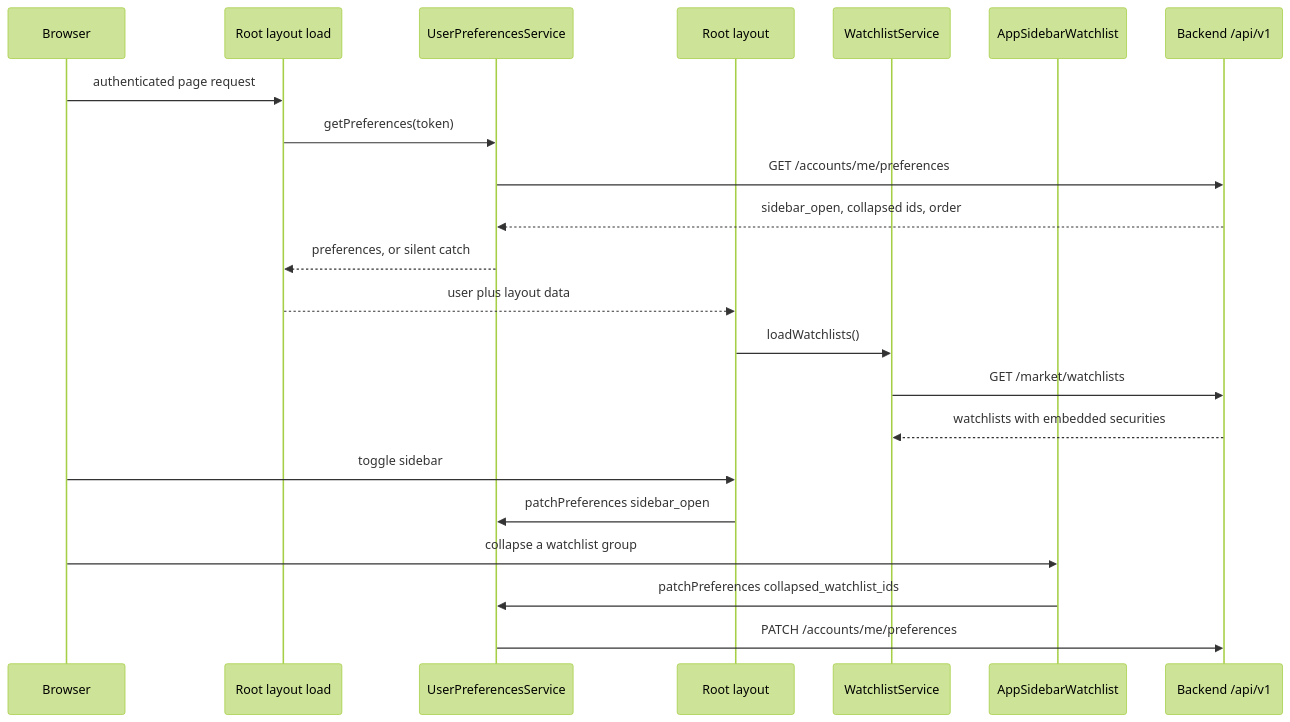
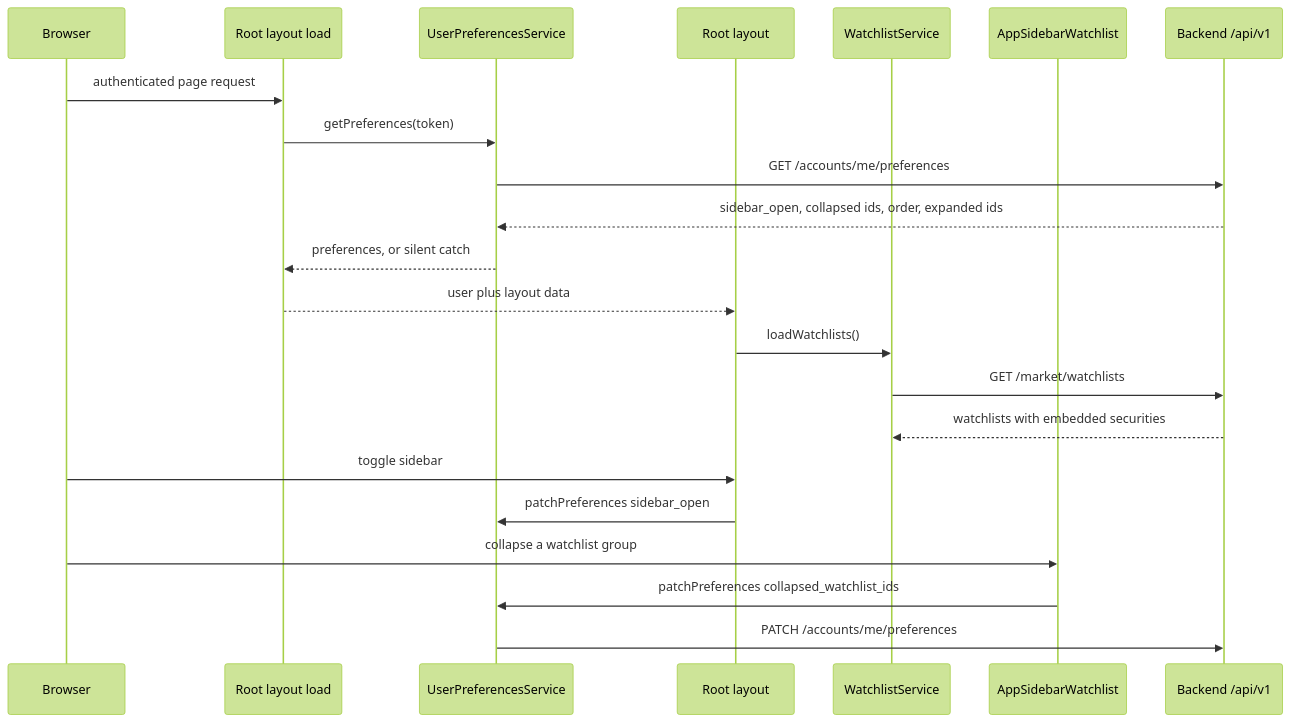
Before and after one commit to havekes/retail-portfolio: the second of 3 diagrams in openwiki/architecture/frontend.md, drawn with Mermaid (forest theme). The commit also changed other lines of this file and 48 other files, not shown here.

````diff
--- a/openwiki/architecture/frontend.md
+++ b/openwiki/architecture/frontend.md
@@ -259,25 +262,25 @@
 ```mermaid
 sequenceDiagram
     participant Browser
     participant Load as Root layout load
     participant Prefs as UserPreferencesService
     participant Layout as Root layout
     participant WL as WatchlistService
     participant Sidebar as AppSidebarWatchlist
     participant API as Backend /api/v1
 
     Browser->>Load: authenticated page request
     Load->>Prefs: getPreferences(token)
     Prefs->>API: GET /accounts/me/preferences
-    API-->>Prefs: sidebar_open, collapsed ids, order
+    API-->>Prefs: sidebar_open, collapsed ids, order, expanded ids
     Prefs-->>Load: preferences, or silent catch
     Load-->>Layout: user plus layout data
     Layout->>WL: loadWatchlists()
     WL->>API: GET /market/watchlists
     API-->>WL: watchlists with embedded securities
     Browser->>Layout: toggle sidebar
     Layout->>Prefs: patchPreferences sidebar_open
     Browser->>Sidebar: collapse a watchlist group
     Sidebar->>Prefs: patchPreferences collapsed_watchlist_ids
     Prefs->>API: PATCH /accounts/me/preferences
 ```
````
